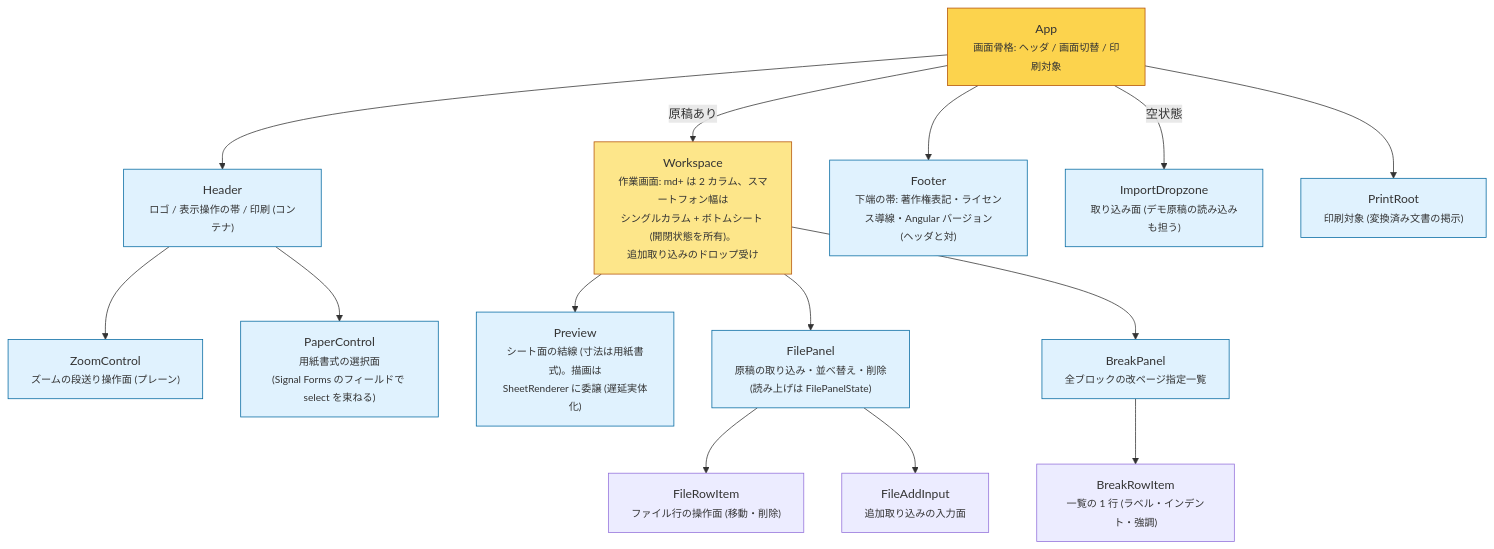
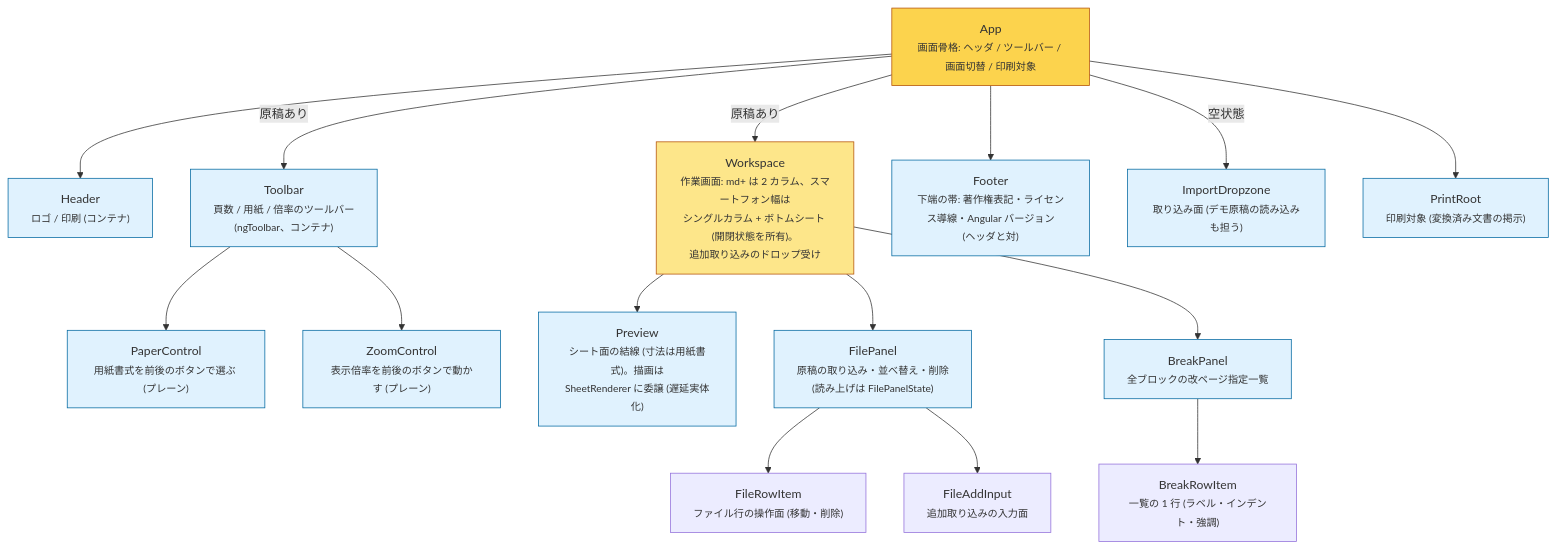
Before and after one commit to lacolaco/printmd: the diagram in docs/component-tree.md, drawn with Mermaid. The commit also changed other lines of this file and 28 other files, not shown here.

````diff
--- a/docs/component-tree.md
+++ b/docs/component-tree.md
@@ -6,38 +6,40 @@
 ```mermaid
 flowchart TB
-  APP["App<br/><small>画面骨格: ヘッダ / 画面切替 / 印刷対象</small>"]
-  HEADER["Header<br/><small>ロゴ / 表示操作の帯 / 印刷 (コンテナ)</small>"]
-  ZOOMC["ZoomControl<br/><small>ズームの段送り操作面 (プレーン)</small>"]
-  PAPERC["PaperControl<br/><small>用紙書式の選択面<br/>(Signal Forms のフィールドで select を束ねる)</small>"]
+  APP["App<br/><small>画面骨格: ヘッダ / ツールバー / 画面切替 / 印刷対象</small>"]
+  HEADER["Header<br/><small>ロゴ / 印刷 (コンテナ)</small>"]
+  TOOLBAR["Toolbar<br/><small>頁数 / 用紙 / 倍率のツールバー<br/>(ngToolbar、コンテナ)</small>"]
+  PAPERC["PaperControl<br/><small>用紙書式を前後のボタンで選ぶ (プレーン)</small>"]
+  ZOOMC["ZoomControl<br/><small>表示倍率を前後のボタンで動かす (プレーン)</small>"]
   WS["Workspace<br/><small>作業画面: md+ は 2 カラム、スマートフォン幅は<br/>シングルカラム + ボトムシート (開閉状態を所有)。<br/>追加取り込みのドロップ受け</small>"]
   PREVIEW["Preview<br/><small>シート面の結線 (寸法は用紙書式)。描画は<br/>SheetRenderer に委譲 (遅延実体化)</small>"]
   FILEP["FilePanel<br/><small>原稿の取り込み・並べ替え・削除<br/>(読み上げは FilePanelState)</small>"]
   BREAKP["BreakPanel<br/><small>全ブロックの改ページ指定一覧</small>"]
   BREAKROW["BreakRowItem<br/><small>一覧の 1 行 (ラベル・インデント・強調)</small>"]
   FILEROW["FileRowItem<br/><small>ファイル行の操作面 (移動・削除)</small>"]
   FILEADD["FileAddInput<br/><small>追加取り込みの入力面</small>"]
   FOOTER["Footer<br/><small>下端の帯: 著作権表記・ライセンス導線・Angular バージョン<br/>(ヘッダと対)</small>"]
   DROP["ImportDropzone<br/><small>取り込み面 (デモ原稿の読み込みも担う)</small>"]
   PRINT["PrintRoot<br/><small>印刷対象 (変換済み文書の掲示)</small>"]
 
   APP --> HEADER
-  HEADER --> ZOOMC
-  HEADER --> PAPERC
+  APP -->|"原稿あり"| TOOLBAR
+  TOOLBAR --> PAPERC
+  TOOLBAR --> ZOOMC
   APP --> FOOTER
   APP -->|"原稿あり"| WS
   APP -->|"空状態"| DROP
   APP --> PRINT
   WS --> PREVIEW
   WS --> FILEP
   WS --> BREAKP
   BREAKP --> BREAKROW
   FILEP --> FILEROW
   FILEP --> FILEADD
 
   classDef shell fill:#fcd34d,stroke:#b45309
   classDef layout fill:#fde68a,stroke:#b45309
   classDef leaf fill:#e0f2fe,stroke:#0369a1
   class APP shell
   class WS layout
-  class HEADER,ZOOMC,PAPERC,PREVIEW,FILEP,BREAKP,FOOTER,DROP,PRINT leaf
+  class HEADER,TOOLBAR,PAPERC,ZOOMC,PREVIEW,FILEP,BREAKP,FOOTER,DROP,PRINT leaf
 ```
````
